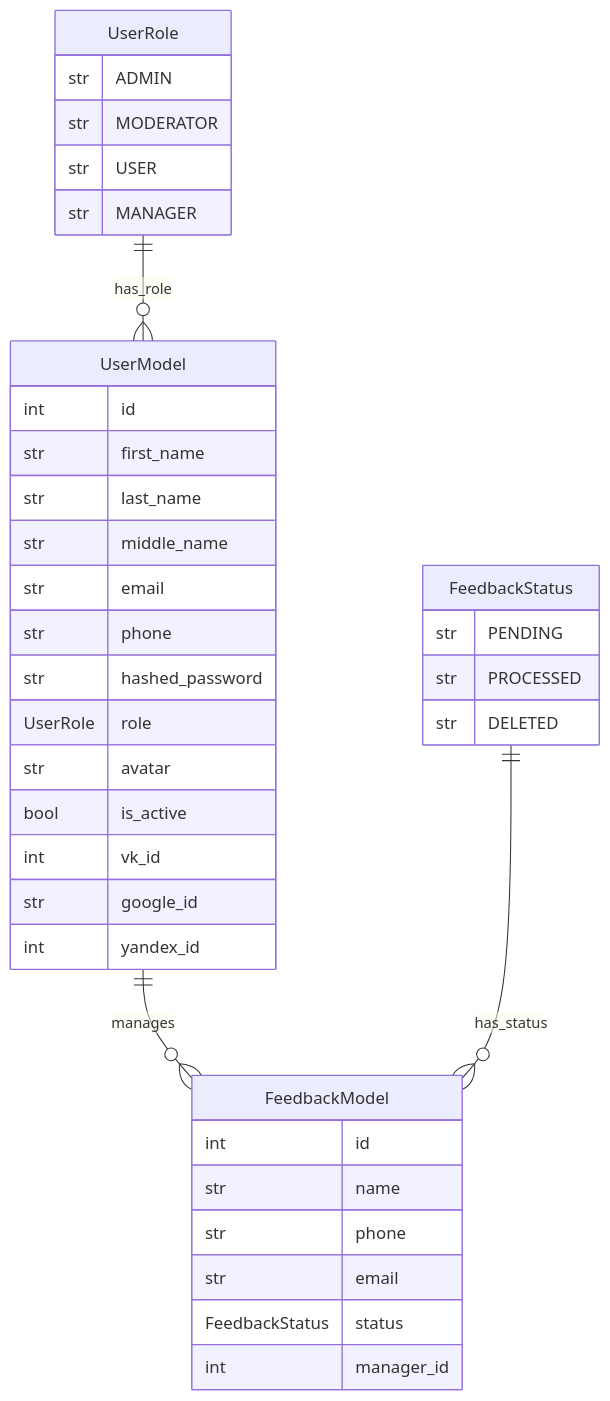
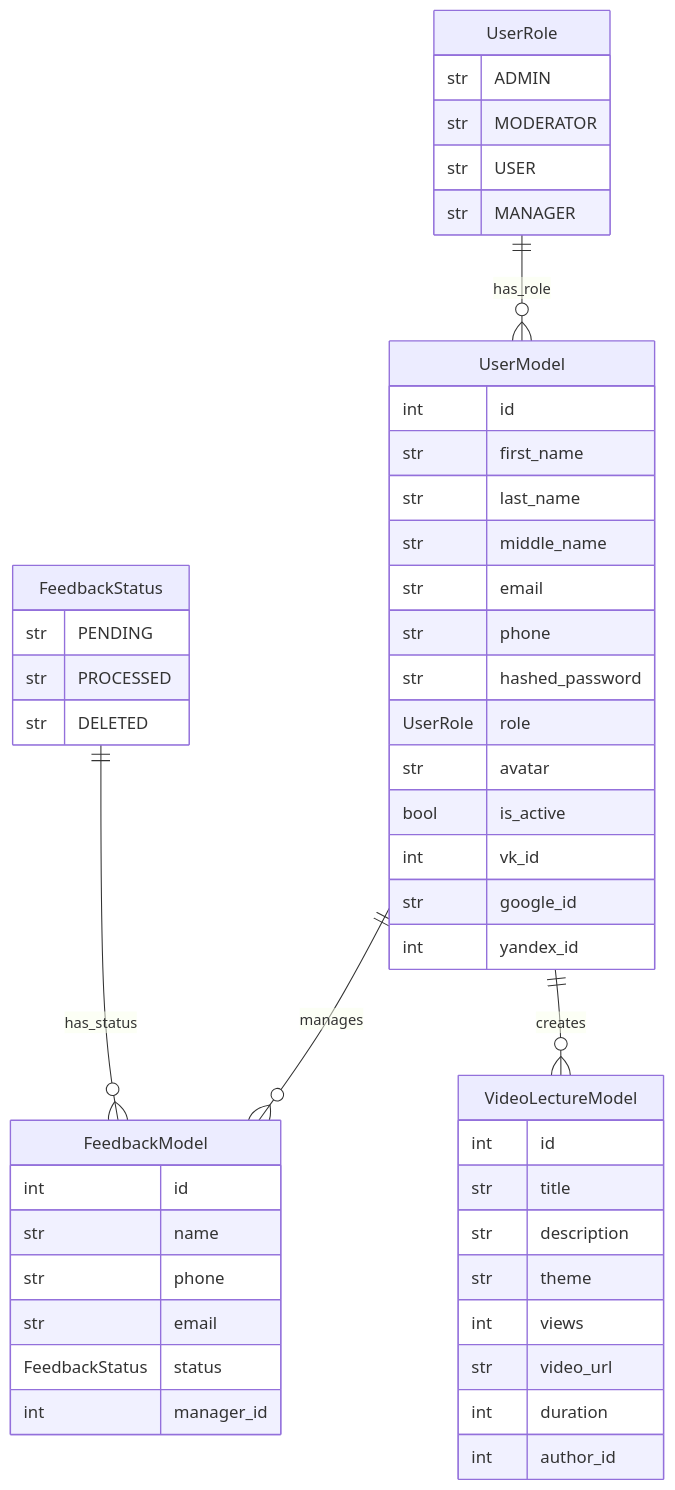
The diagram in docs/models.md (darkgooddack/educational-platform), drawn with Mermaid before and after one commit. The commit also changed other lines of this file and 18 other files, not shown here.

Commit message:
feat: добавление роутера для получения страницы с видео лекциями, также схема, сервис, модель, ну и подготовка к работе с s3

````diff
--- a/docs/models.md
+++ b/docs/models.md
@@ -2,42 +2,53 @@
 ```mermaid
 erDiagram
     UserModel ||--o{ FeedbackModel : manages
+    UserModel ||--o{ VideoLectureModel : creates
     UserModel {
         int id
         str first_name
         str last_name
         str middle_name
         str email
         str phone
         str hashed_password
         UserRole role
         str avatar
         bool is_active
         int vk_id
         str google_id
         int yandex_id
     }
     FeedbackModel {
         int id
         str name
         str phone
         str email
         FeedbackStatus status
         int manager_id
     }
+    VideoLectureModel {
+        int id
+        str title
+        str description
+        str theme
+        int views
+        str video_url
+        int duration
+        int author_id
+    }
     UserRole ||--o{ UserModel : has_role
     FeedbackStatus ||--o{ FeedbackModel : has_status
     UserRole {
         str ADMIN
         str MODERATOR
         str USER
         str MANAGER
     }
     FeedbackStatus {
         str PENDING
         str PROCESSED
         str DELETED
     }
 
 
 ```
````
